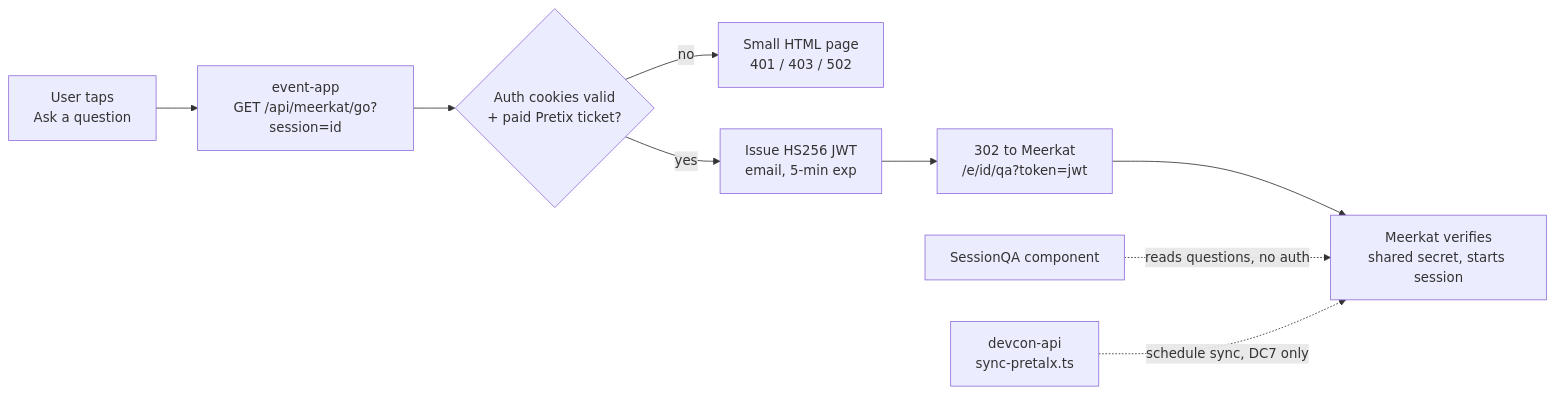
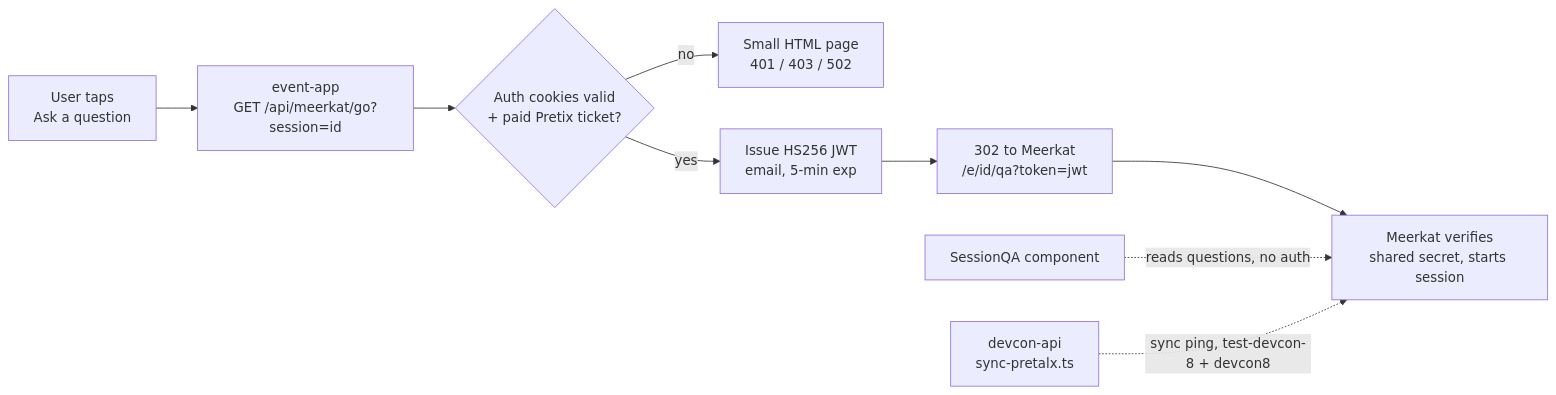
The diagram in docs/meerkat.md (efdevcon/monorepo), drawn with Mermaid before and after one commit. The commit also changed other lines of this file and 5 other files, not shown here.

First line of the commit message:
Enhance Pretalx integration by adding WEBHOOK_MEERKAT_SECRET to workflows and updating sync logic

````diff
--- a/docs/meerkat.md
+++ b/docs/meerkat.md
@@ -14,11 +15,11 @@
 ```mermaid
 flowchart LR
     U[User taps<br/>Ask a question] --> GO[event-app<br/>GET /api/meerkat/go?session=id]
     GO --> C{Auth cookies valid<br/>+ paid Pretix ticket?}
     C -->|no| X[Small HTML page<br/>401 / 403 / 502]
     C -->|yes| J[Issue HS256 JWT<br/>email, 5-min exp]
     J --> R[302 to Meerkat<br/>/e/id/qa?token=jwt]
     R --> M[Meerkat verifies<br/>shared secret, starts session]
     Q[SessionQA component] -.reads questions, no auth.-> M
-    SYNC[devcon-api<br/>sync-pretalx.ts] -.schedule sync, DC7 only.-> M
+    SYNC[devcon-api<br/>sync-pretalx.ts] -.sync ping, test-devcon-8 + devcon8.-> M
 ```
````
